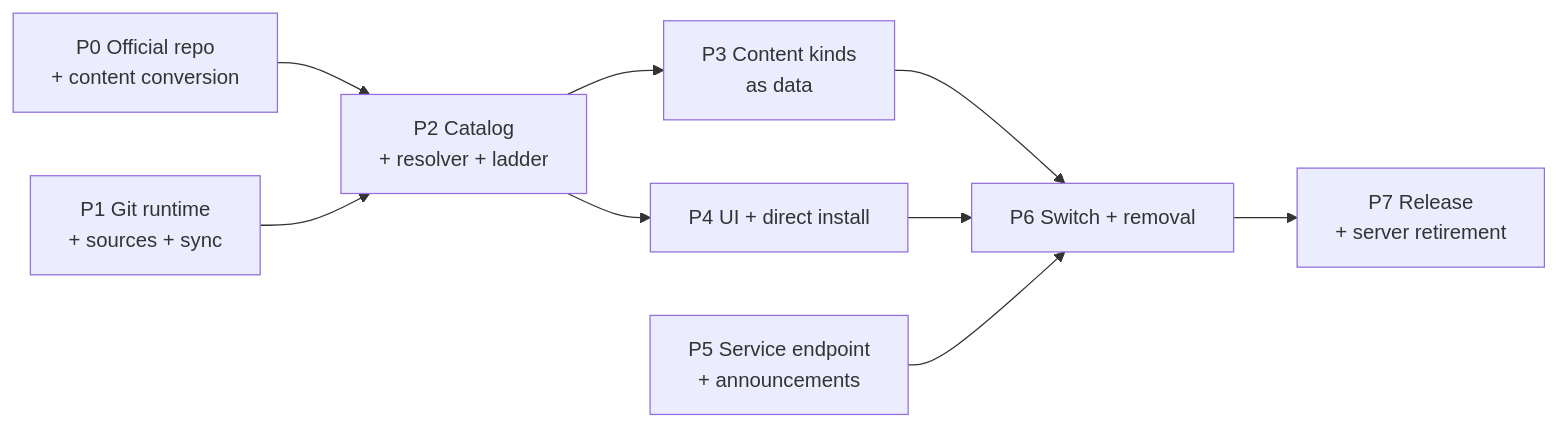
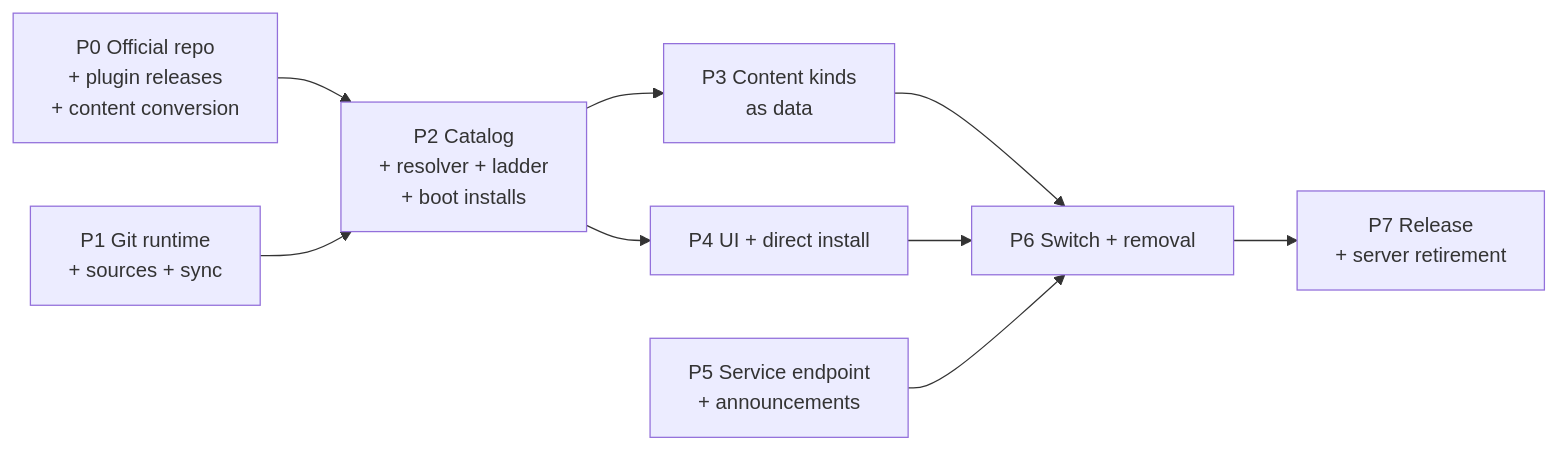
Before and after one commit to ken-jo/ave: the diagram in docs/blueprints/multi-source-git-marketplace.md, drawn with Mermaid. The commit also changed other lines of this file and 6 other files, not shown here.

````diff
--- a/docs/blueprints/multi-source-git-marketplace.md
+++ b/docs/blueprints/multi-source-git-marketplace.md
@@ -25,11 +26,11 @@
 ```mermaid
 flowchart LR
-  P0[P0 Official repo<br/>+ content conversion] --> P2
-  P1[P1 Git runtime<br/>+ sources + sync] --> P2[P2 Catalog<br/>+ resolver + ladder]
+  P0[P0 Official repo<br/>+ plugin releases<br/>+ content conversion] --> P2
+  P1[P1 Git runtime<br/>+ sources + sync] --> P2[P2 Catalog<br/>+ resolver + ladder<br/>+ boot installs]
   P2 --> P3[P3 Content kinds<br/>as data]
   P2 --> P4[P4 UI + direct install]
   P3 --> P6
   P4 --> P6
   P5[P5 Service endpoint<br/>+ announcements] --> P6[P6 Switch + removal]
   P6 --> P7[P7 Release<br/>+ server retirement]
 ```
````
